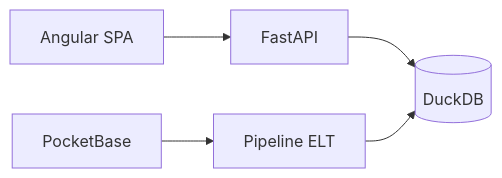
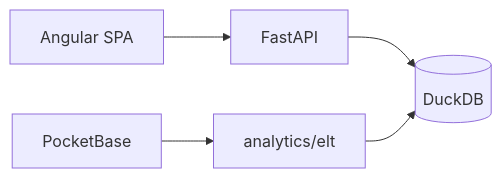
One commit to JosephACS/VOXMETRIKS changed the diagram in README.md. Above: the diagram before and after it, drawn with Mermaid. The commit also changed other lines of this file and 151 other files, not shown here.

````diff
--- a/README.md
+++ b/README.md
@@ -23,7 +18,7 @@
 ```mermaid
 flowchart LR
     FE[Angular SPA] --> API[FastAPI]
     API --> DB[(DuckDB)]
-    PB[PocketBase] --> ELT[Pipeline ELT]
+    PB[PocketBase] --> ELT[analytics/elt]
     ELT --> DB
 ```
````
